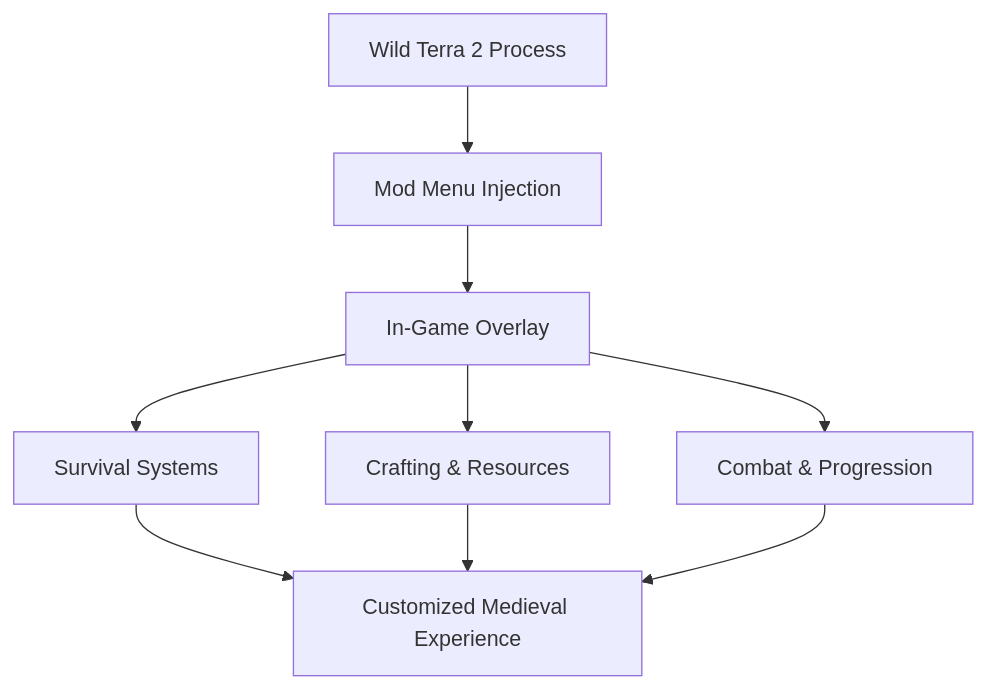
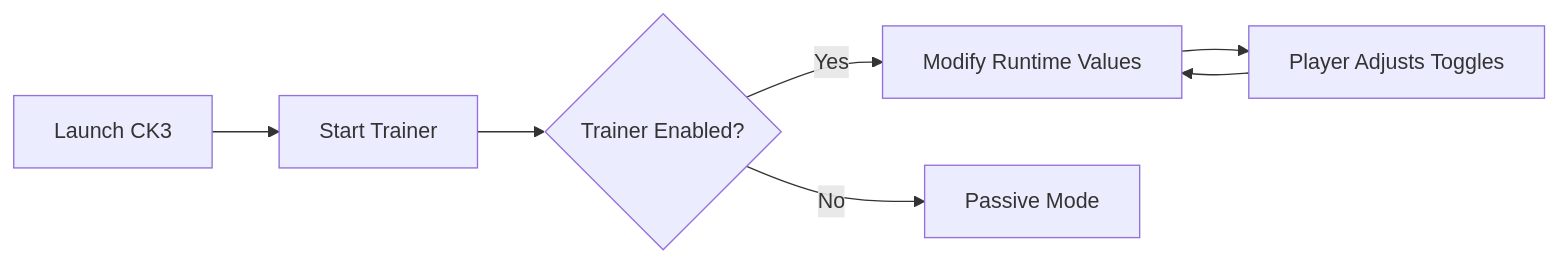
Before and after one commit to Crusader-Kings-III-Trainer/.github: the diagram in profile/README.md, drawn with Mermaid. The commit also changed other lines of this file, not shown here.

````diff
--- a/profile/README.md
+++ b/profile/README.md
@@ -86,11 +82,9 @@
 ```mermaid
-flowchart TD
-    A[Wild Terra 2 Process] --> B[Mod Menu Injection]
-    B --> C[In-Game Overlay]
-    C --> D[Survival Systems]
-    C --> E[Crafting & Resources]
-    C --> F[Combat & Progression]
-    D --> G[Customized Medieval Experience]
-    E --> G
-    F --> G
+flowchart LR
+    A[Launch CK3] --> B[Start Trainer]
+    B --> C{Trainer Enabled?}
+    C -->|Yes| D[Modify Runtime Values]
+    C -->|No| E[Passive Mode]
+    D --> F[Player Adjusts Toggles]
+    F --> D
 ```
````
